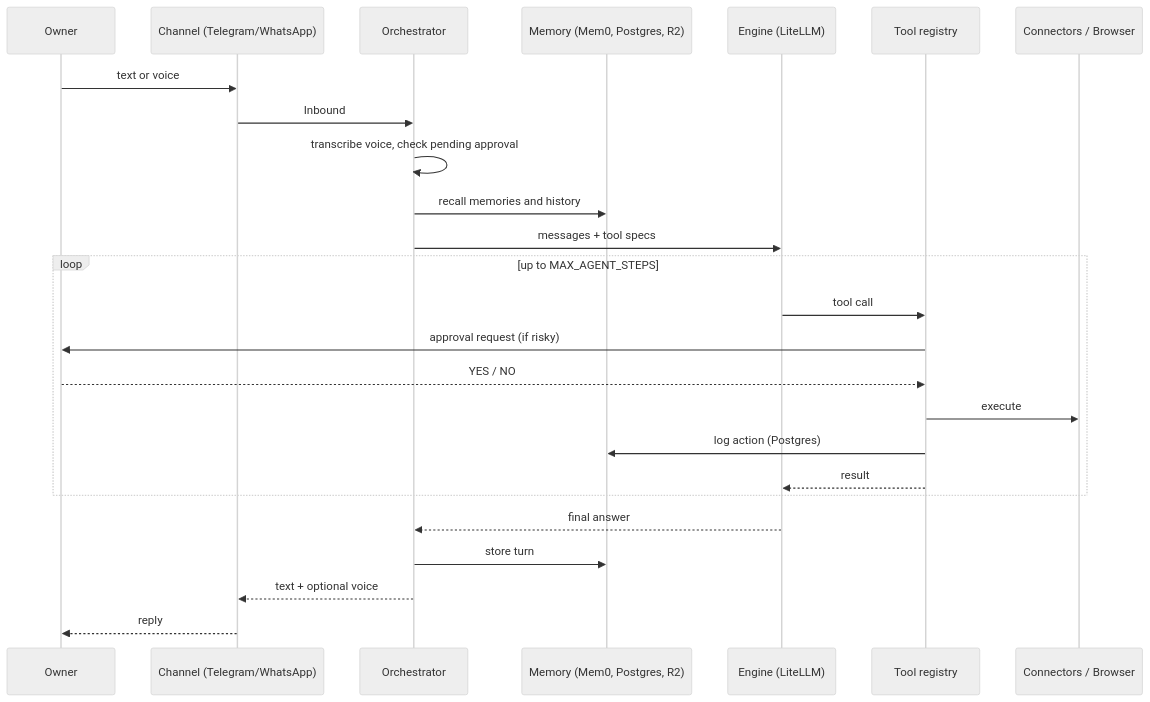
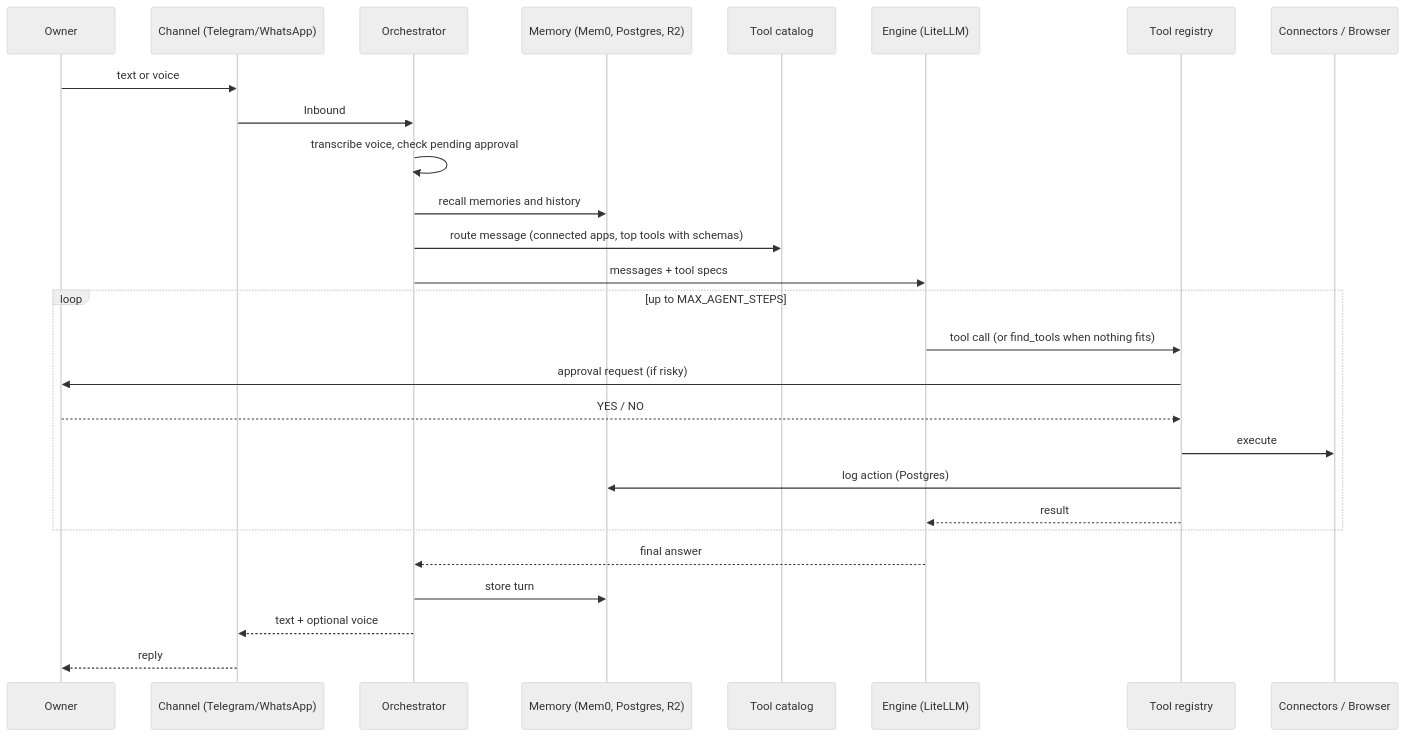
The first of 2 diagrams in docs/architecture.md (Bibek-Dhakal/OmniClaw-Agent), drawn with Mermaid (neutral theme) before and after one commit. The commit also changed other lines of this file and 11 other files, not shown here.

Commit message:
feat(tools): add intent routing and schema-aware tool discovery

````diff
--- a/docs/architecture.md
+++ b/docs/architecture.md
@@ -5,28 +5,30 @@
 ```mermaid
 sequenceDiagram
     participant U as Owner
     participant C as Channel (Telegram/WhatsApp)
     participant O as Orchestrator
     participant M as Memory (Mem0, Postgres, R2)
+    participant K as Tool catalog
     participant E as Engine (LiteLLM)
     participant T as Tool registry
     participant X as Connectors / Browser
 
     U->>C: text or voice
     C->>O: Inbound
     O->>O: transcribe voice, check pending approval
     O->>M: recall memories and history
+    O->>K: route message (connected apps, top tools with schemas)
     O->>E: messages + tool specs
     loop up to MAX_AGENT_STEPS
-        E->>T: tool call
+        E->>T: tool call (or find_tools when nothing fits)
         T->>U: approval request (if risky)
         U-->>T: YES / NO
         T->>X: execute
         T->>M: log action (Postgres)
         T-->>E: result
     end
     E-->>O: final answer
     O->>M: store turn
     O-->>C: text + optional voice
     C-->>U: reply
 ```
````
